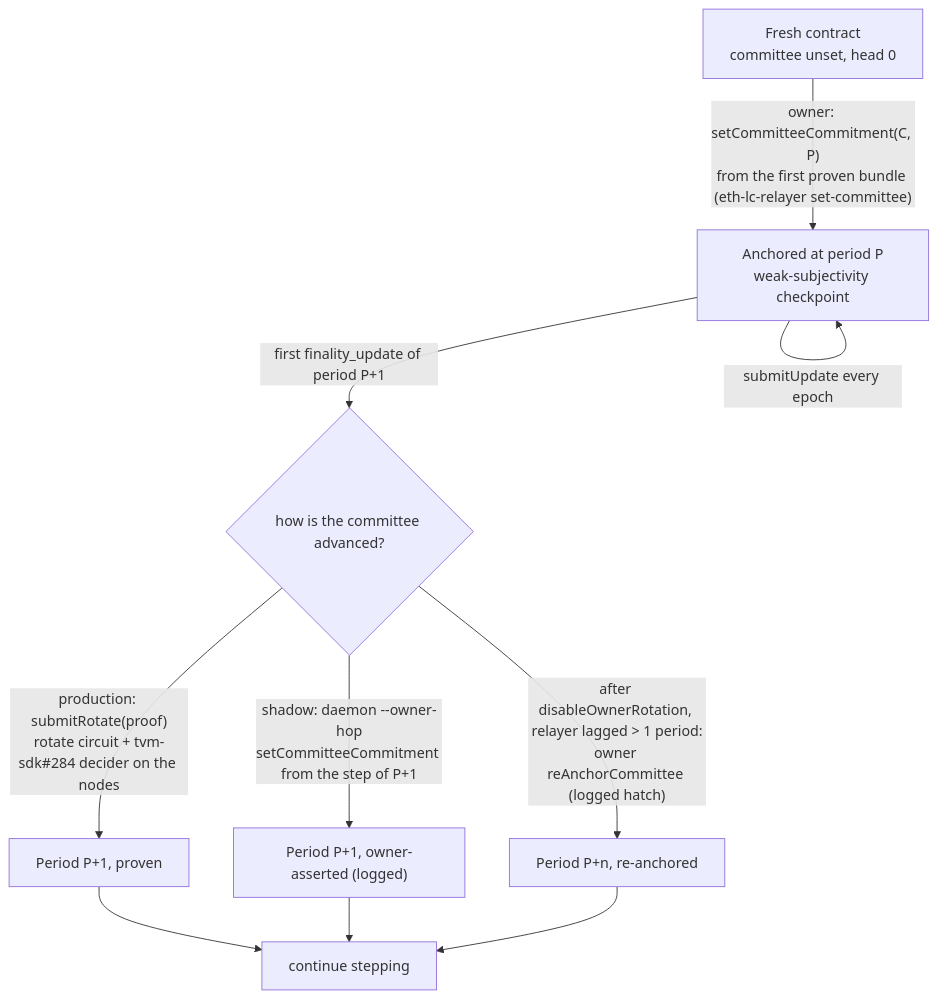
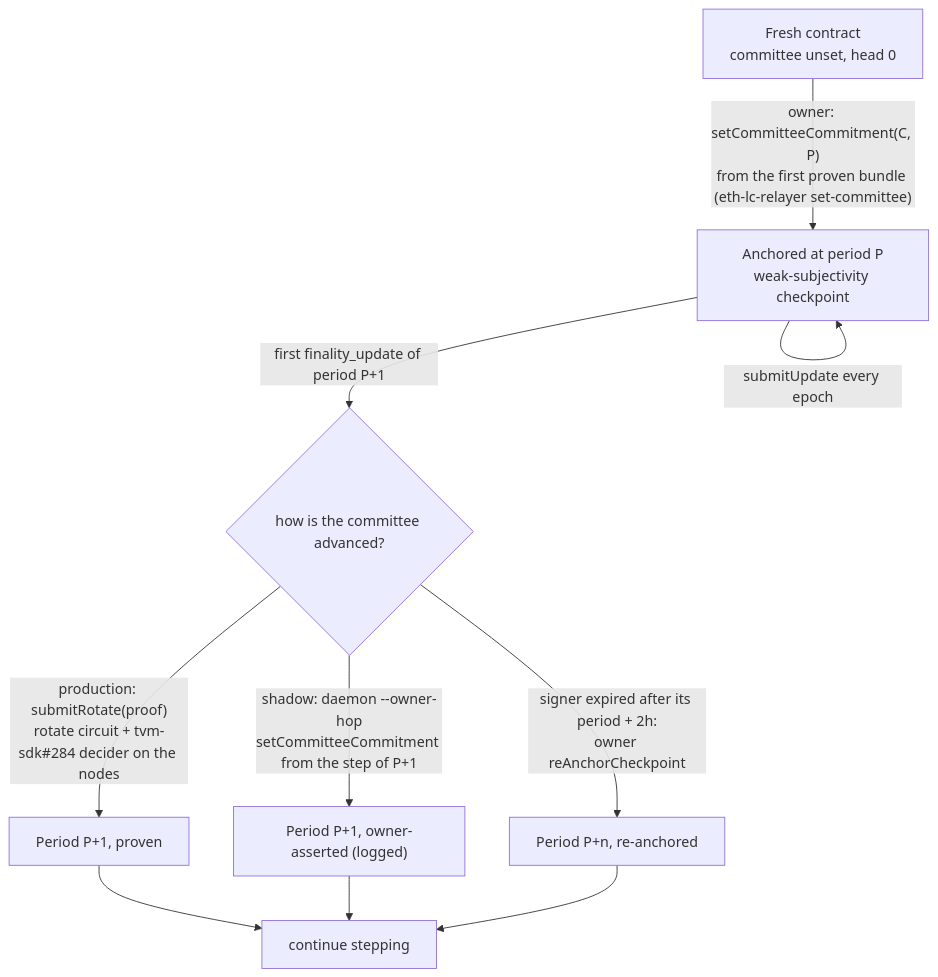
Before and after one commit to gosh-sh/bridge: the third of 5 diagrams in docs/eth-light-client.md, drawn with Mermaid. The commit also changed other lines of this file and 31 other files, not shown here.

````diff
--- a/docs/eth-light-client.md
+++ b/docs/eth-light-client.md
@@ -209,12 +213,12 @@
 ```mermaid
 flowchart TD
   A["Fresh contract<br/>committee unset, head 0"] -->|"owner: setCommitteeCommitment(C, P)<br/>from the first proven bundle (eth-lc-relayer set-committee)"| B["Anchored at period P<br/>weak-subjectivity checkpoint"]
   B -->|"submitUpdate every epoch"| B
   B -->|"first finality_update of period P+1"| C{"how is the committee advanced?"}
   C -->|"production: submitRotate(proof)<br/>rotate circuit + tvm-sdk#284 decider on the nodes"| D["Period P+1, proven"]
   C -->|"shadow: daemon --owner-hop<br/>setCommitteeCommitment from the step of P+1"| E["Period P+1, owner-asserted (logged)"]
-  C -->|"after disableOwnerRotation, relayer lagged > 1 period:<br/>owner reAnchorCommittee (logged hatch)"| F["Period P+n, re-anchored"]
+  C -->|"signer expired after its period + 2h:<br/>owner reAnchorCheckpoint"| F["Period P+n, re-anchored"]
   D --> G["continue stepping"]
   E --> G
   F --> G
 ```
````
